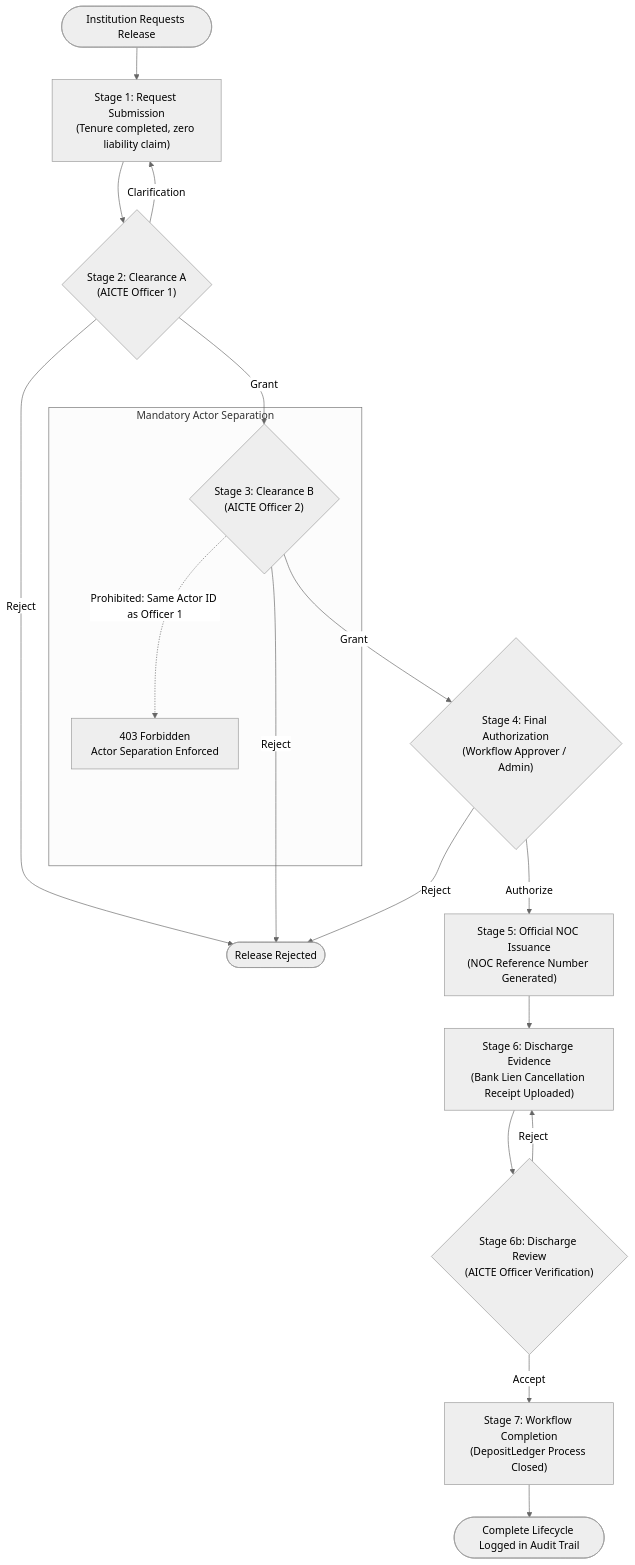
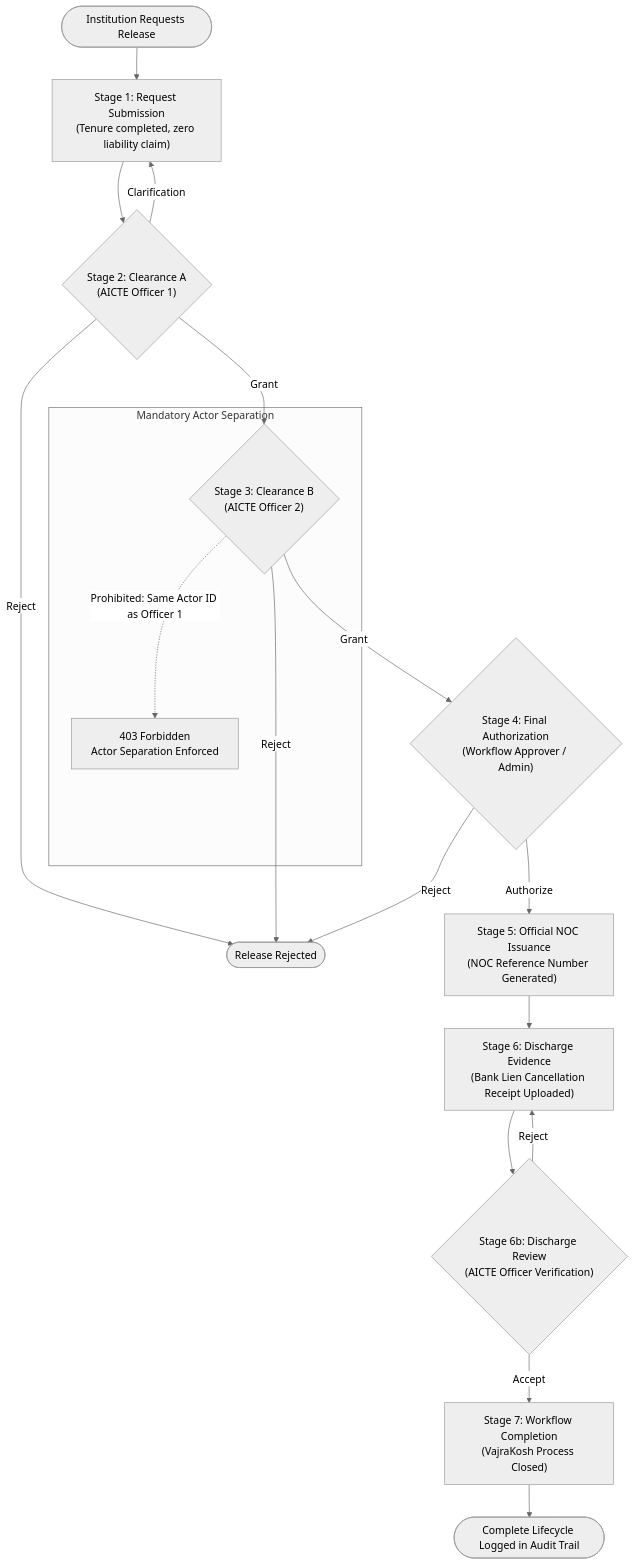
One commit to SarthakSarnaik/SIH_Winners_2026 changed the third of 5 diagrams in docs/PROTOTYPE_FLOWCHARTS.md. Above: the diagram before and after it, drawn with Mermaid (neutral theme). The commit also changed other lines of this file and 29 other files, not shown here.

Commit message:
feat: VajraKosh - AICTE Security Deposit & FDR Management Portal (SIH 2026 PS 26265)

````diff
--- a/docs/PROTOTYPE_FLOWCHARTS.md
+++ b/docs/PROTOTYPE_FLOWCHARTS.md
@@ -69,27 +69,27 @@
 ```mermaid
 flowchart TD
     Start([Institution Requests Release]) --> Gate1["Stage 1: Request Submission\n(Tenure completed, zero liability claim)"]
     
     Gate1 --> Gate2{"Stage 2: Clearance A\n(AICTE Officer 1)"}
     Gate2 -->|Clarification| Gate1
     Gate2 -->|Reject| Rejected([Release Rejected])
     Gate2 -->|Grant| Gate3{"Stage 3: Clearance B\n(AICTE Officer 2)"}
     
     subgraph ActorSeparation ["Mandatory Actor Separation"]
         Gate3 -.->|"Prohibited: Same Actor ID as Officer 1"| ErrorSameActor["403 Forbidden\nActor Separation Enforced"]
     end
     
     Gate3 -->|Reject| Rejected
     Gate3 -->|Grant| Gate4{"Stage 4: Final Authorization\n(Workflow Approver / Admin)"}
     
     Gate4 -->|Reject| Rejected
     Gate4 -->|Authorize| Gate5["Stage 5: Official NOC Issuance\n(NOC Reference Number Generated)"]
     
     Gate5 --> Gate6["Stage 6: Discharge Evidence\n(Bank Lien Cancellation Receipt Uploaded)"]
     
     Gate6 --> Gate6Review{"Stage 6b: Discharge Review\n(AICTE Officer Verification)"}
     Gate6Review -->|Reject| Gate6
-    Gate6Review -->|Accept| Gate7["Stage 7: Workflow Completion\n(DepositLedger Process Closed)"]
+    Gate6Review -->|Accept| Gate7["Stage 7: Workflow Completion\n(VajraKosh Process Closed)"]
     
     Gate7 --> End([Complete Lifecycle Logged in Audit Trail])
 ```
````
